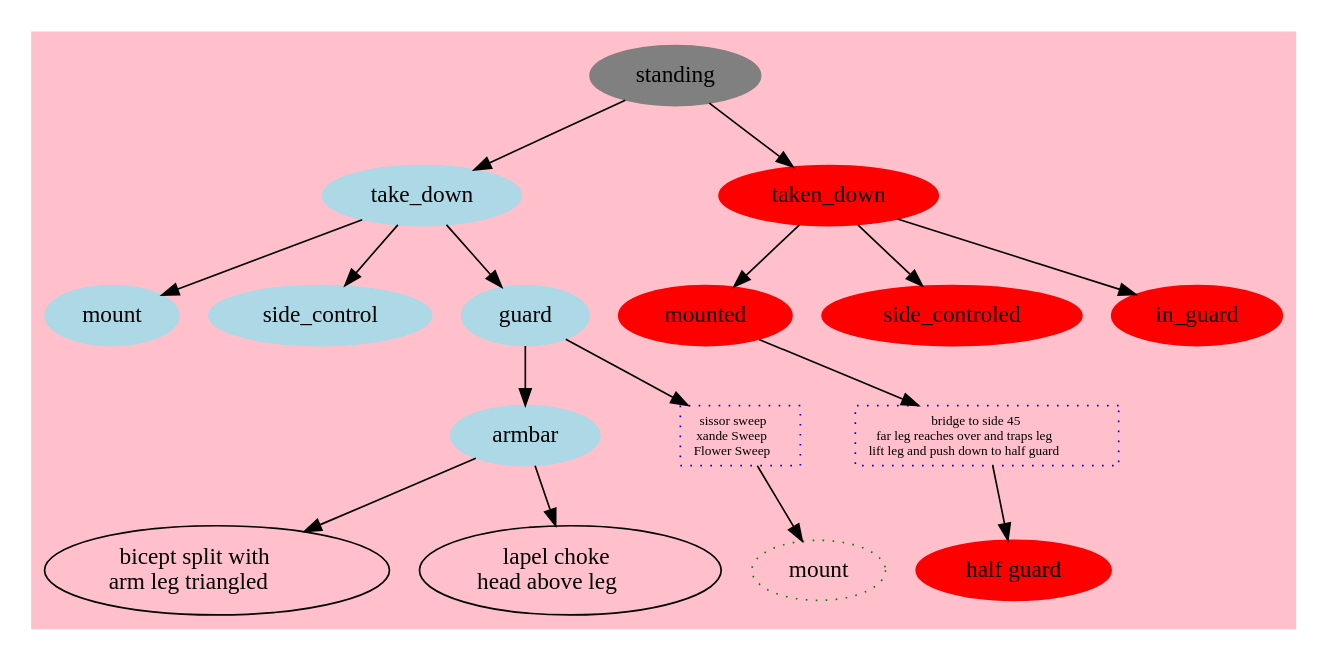
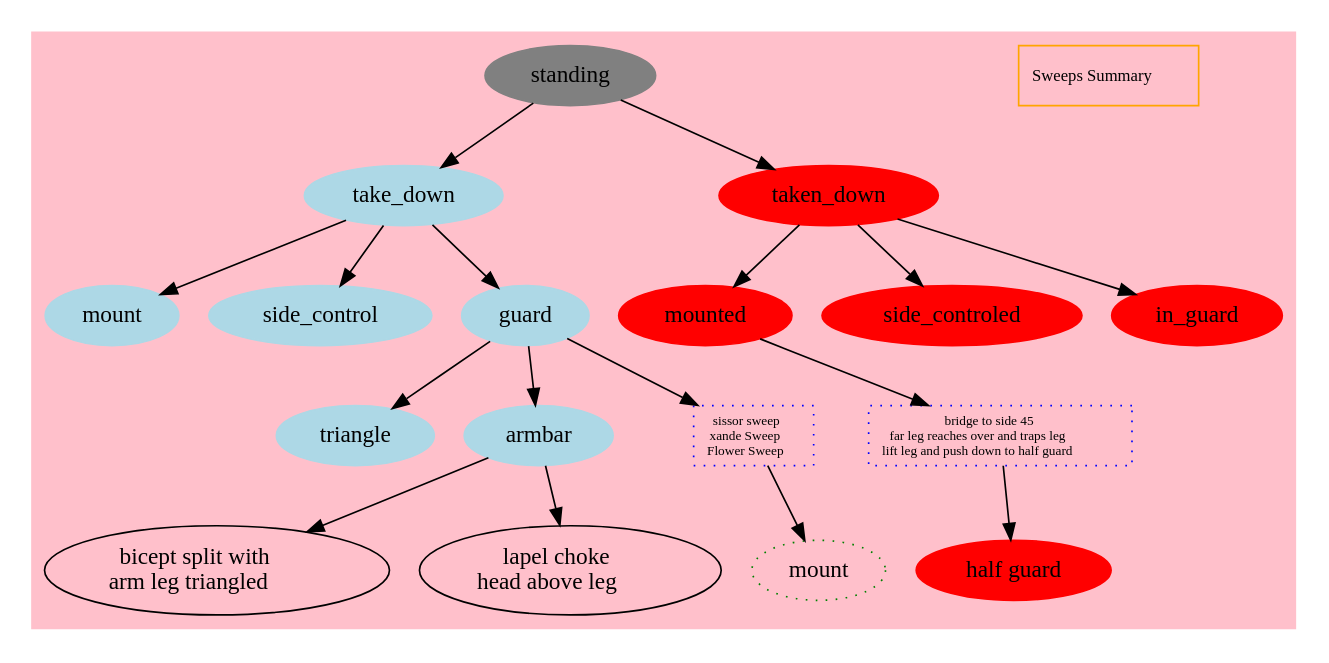
Before and after one commit to carltonj2000/jujitsu: the diagram in jujitsu-moves.dot, drawn with Graphviz.

Commit message:
add 50 sweeps

```diff
--- a/jujitsu-moves.dot
+++ b/jujitsu-moves.dot
@@ -1,57 +1,69 @@
 digraph G {
     subgraph cluster0 {
+        sweepsummary [
+            href="https://www.youtube.com/watch?v=cxc6uoaso7Q", 
+            shape=box,
+            color=orange,
+            fontsize=10, 
+            label=< <table border="0" cellspacing="0" cellborder="0" cellpadding="0">
+            <tr><td>Sweeps Summary</td></tr>
+            </table> >
+        ];  
+
         style=filled;
         color=pink;
         standing [style=filled,color=gray];
         standing -> take_down;
         standing-> taken_down;
         take_down [style=filled,color=lightblue];
         taken_down [style=filled,color=red];
         taken_down -> mounted;
         taken_down -> side_controled;
         taken_down -> in_guard;
         mounted [style=filled,color=red];
         mounted -> halfguardd -> halfguard;
         halfguard [label="half guard",style=filled, color=red];
         halfguardd [
             href="https://www.youtube.com/watch?v=q2OAJF__P2w", 
             shape=box,
             color=blue,
             style=dotted,
             fontsize=8, 
             label=< <table border="0" cellspacing="0" cellborder="0" cellpadding="0">
             <tr><td>bridge to side 45</td></tr>
             <tr><td>far leg reaches over and traps leg</td></tr>
             <tr><td>lift leg and push down to half guard</td></tr>
             </table> >
         ];        
         side_controled [style=filled,color=red];
         in_guard [style=filled,color=red];
         take_down -> mount;
         take_down -> side_control;
         take_down -> guard;
         mount [style=filled,color=lightblue];
         side_control [style=filled,color=lightblue];
         guard [style=filled,color=lightblue];
+        guard -> triangle;
+        triangle [style=filled,color=lightblue];
         guard -> armbar;
         armbar [style=filled,color=lightblue];
         guard -> sweepSissor -> mounte1;
         sweepSissor [
             href="https://www.youtube.com/watch?v=HHs1ftjayUw", 
             shape=box,
             color=blue,
             style=dotted,
             fontsize=8, 
             label=< <table border="0" cellspacing="0" cellborder="0" cellpadding="0">
             <tr><td>sissor sweep</td></tr>
             <tr><td>xande Sweep</td></tr>
             <tr><td>Flower Sweep</td></tr>
             </table> >
         ];
         mounte1 [style=dotted,color=green, label=mount];
         armbar -> ltr;
         ltr [label=<bicept split with<br/> arm leg triangled>];
         armbar -> choke
         choke [label=<lapel choke<br/> head above leg>];
     }
 }
```
